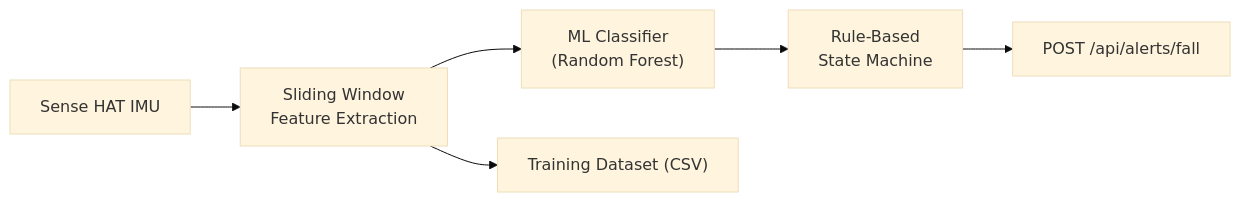
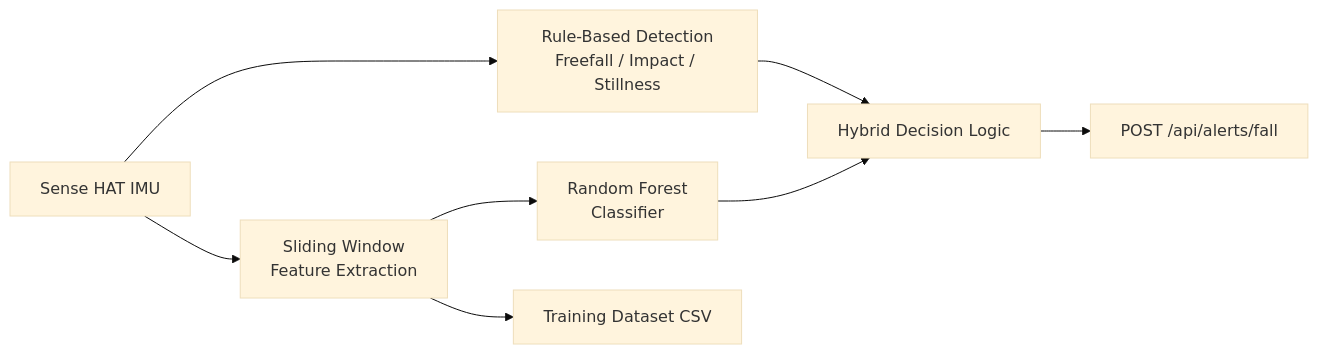
Before and after one commit to secure-health-app/.github: the second of 2 diagrams in profile/README.md, drawn with Mermaid (base theme). The commit also changed other lines of this file, not shown here.

Commit message:
Revise README with new features and key results
Updated application description and added key results section with performance metrics.

````diff
--- a/profile/README.md
+++ b/profile/README.md
@@ -55,15 +70,27 @@
 ```mermaid
 flowchart LR
     IMU["Sense HAT IMU"]
-    Features["Sliding Window\nFeature Extraction"]
-    ML["ML Classifier\n(Random Forest)"]
-    Rules["Rule-Based\nState Machine"]
-    Dataset["Training Dataset (CSV)"]
+
+    Rules["Rule-Based Detection
+Freefall / Impact / Stillness"]
+
+    Features["Sliding Window
+Feature Extraction"]
+
+    ML["Random Forest
+Classifier"]
+
+    Decision["Hybrid Decision Logic"]
+
     Alert["POST /api/alerts/fall"]
 
+    Dataset["Training Dataset CSV"]
+
+    IMU --> Rules
     IMU --> Features
     Features --> ML
-    ML --> Rules
-    Rules --> Alert
     Features --> Dataset
+    Rules --> Decision
+    ML --> Decision
+    Decision --> Alert
 ```
````
